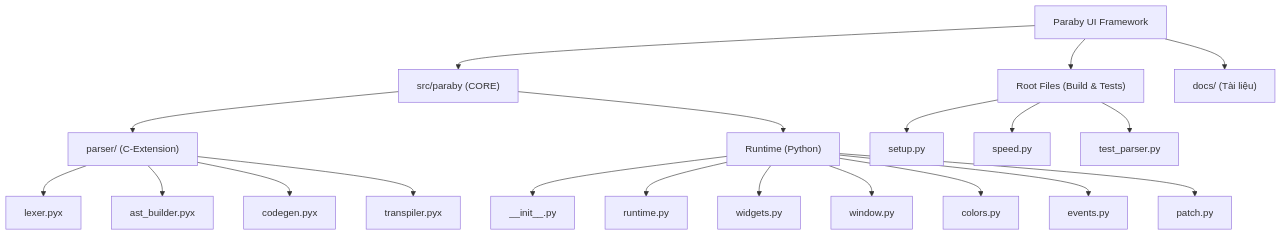
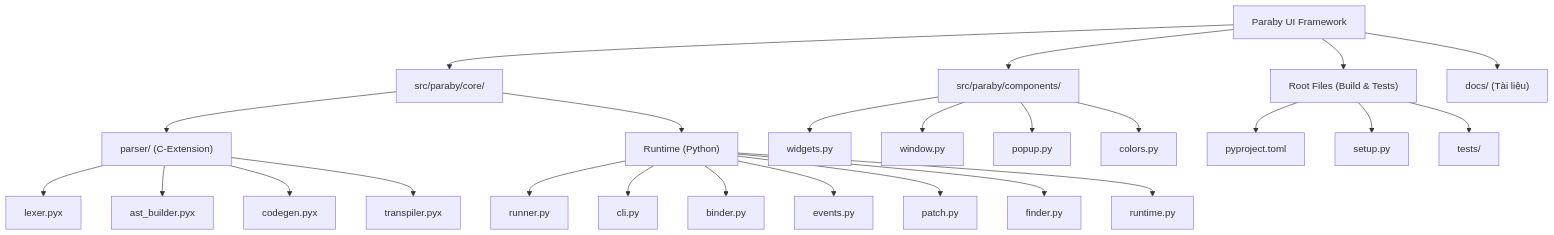
One commit to Nguyen-dev1506/Paraby-ui-framework changed the diagram in docs/PROJECT_STRUCTURE.md. Above: the diagram before and after it, drawn with Mermaid. The commit also changed other lines of this file and 14 other files, not shown here.

````diff
--- a/docs/PROJECT_STRUCTURE.md
+++ b/docs/PROJECT_STRUCTURE.md
@@ -9,28 +9,34 @@
 ```mermaid
 graph TD
     Root["Paraby UI Framework"]
     
-    Root --> Core["src/paraby (CORE)"]
-    Root --> Build["Root Files (Build & Tests)"]
+    Root --> Core["src/paraby/core/"]
+    Root --> Components["src/paraby/components/"]
+    Root --> RootFiles["Root Files (Build & Tests)"]
     Root --> Docs["docs/ (Tài liệu)"]
     
     Core --> Parser["parser/ (C-Extension)"]
     Core --> Runtime["Runtime (Python)"]
     
     Parser --> lexer["lexer.pyx"]
     Parser --> ast["ast_builder.pyx"]
     Parser --> codegen["codegen.pyx"]
     Parser --> transpiler["transpiler.pyx"]
     
-    Runtime --> init["__init__.py"]
-    Runtime --> runtime["runtime.py"]
-    Runtime --> widgets["widgets.py"]
-    Runtime --> window["window.py"]
-    Runtime --> colors["colors.py"]
+    Runtime --> runner["runner.py"]
+    Runtime --> cli["cli.py"]
+    Runtime --> binder["binder.py"]
     Runtime --> events["events.py"]
     Runtime --> patch["patch.py"]
+    Runtime --> finder["finder.py"]
+    Runtime --> runtime["runtime.py"]
     
-    Build --> setup["setup.py"]
-    Build --> speed["speed.py"]
-    Build --> test_parser["test_parser.py"]
+    Components --> widgets["widgets.py"]
+    Components --> window["window.py"]
+    Components --> popup["popup.py"]
+    Components --> colors["colors.py"]
+    
+    RootFiles --> pyproject["pyproject.toml"]
+    RootFiles --> setup["setup.py"]
+    RootFiles --> tests["tests/"]
 ```
````
